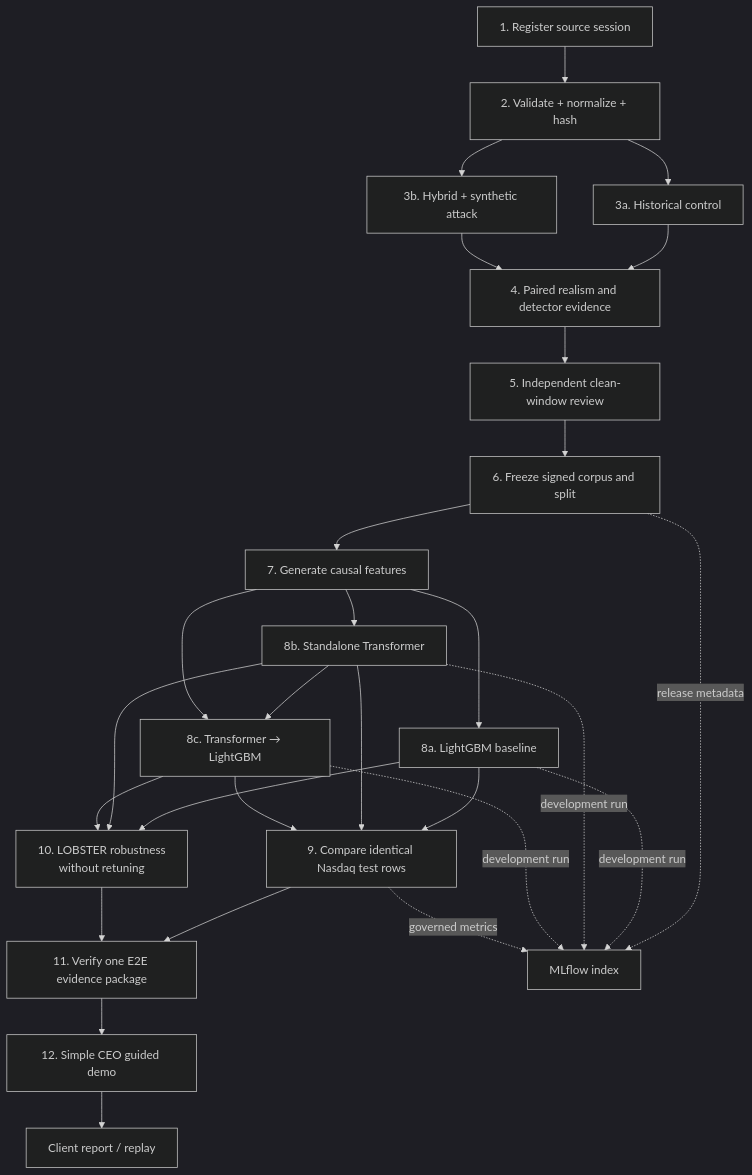
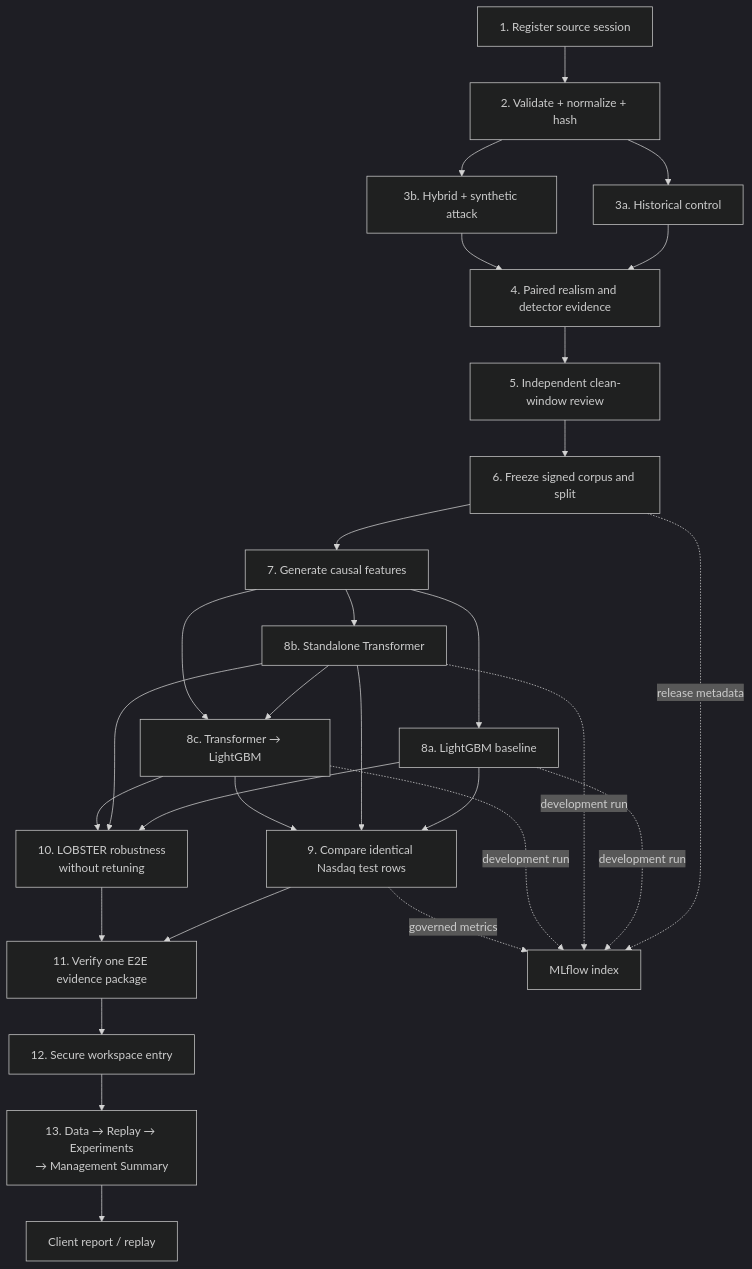
The diagram in docs/FUNCTIONAL_OVERVIEW.md (khab40/lob-arena), drawn with Mermaid (dark theme) before and after one commit. The commit also changed other lines of this file and 4 other files, not shown here.

Commit message:
docs: define secure CEO demo UI roadmap

````diff
--- a/docs/FUNCTIONAL_OVERVIEW.md
+++ b/docs/FUNCTIONAL_OVERVIEW.md
@@ -61,48 +64,50 @@
 ```mermaid
 flowchart TD
     Register["1. Register source session"]
     Validate["2. Validate + normalize + hash"]
     Control["3a. Historical control"]
     Hybrid["3b. Hybrid + synthetic attack"]
     Compare["4. Paired realism and detector evidence"]
     Review["5. Independent clean-window review"]
     Freeze["6. Freeze signed corpus and split"]
     Features["7. Generate causal features"]
     LightGBM["8a. LightGBM baseline"]
     Transformer["8b. Standalone Transformer"]
     Cascade["8c. Transformer → LightGBM"]
     Test["9. Compare identical Nasdaq test rows"]
     Lobster["10. LOBSTER robustness<br/>without retuning"]
     Release["11. Verify one E2E evidence package"]
-    Demo["12. Simple CEO guided demo"]
+    Auth["12. Secure workspace entry"]
+    Demo["13. Data → Replay → Experiments<br/>→ Management Summary"]
     Track["MLflow index"]
     Client["Client report / replay"]
 
     Register --> Validate
     Validate --> Control
     Validate --> Hybrid
     Control --> Compare
     Hybrid --> Compare
     Compare --> Review
     Review --> Freeze
     Freeze --> Features
     Features --> LightGBM
     Features --> Transformer
     Transformer --> Cascade
     Features --> Cascade
     LightGBM --> Test
     Transformer --> Test
     Cascade --> Test
     Test --> Release
     LightGBM --> Lobster
     Transformer --> Lobster
     Cascade --> Lobster
     Lobster --> Release
-    Release --> Demo
+    Release --> Auth
+    Auth --> Demo
     Freeze -. "release metadata" .-> Track
     LightGBM -. "development run" .-> Track
     Transformer -. "development run" .-> Track
     Cascade -. "development run" .-> Track
     Test -. "governed metrics" .-> Track
     Demo --> Client
 ```
````
